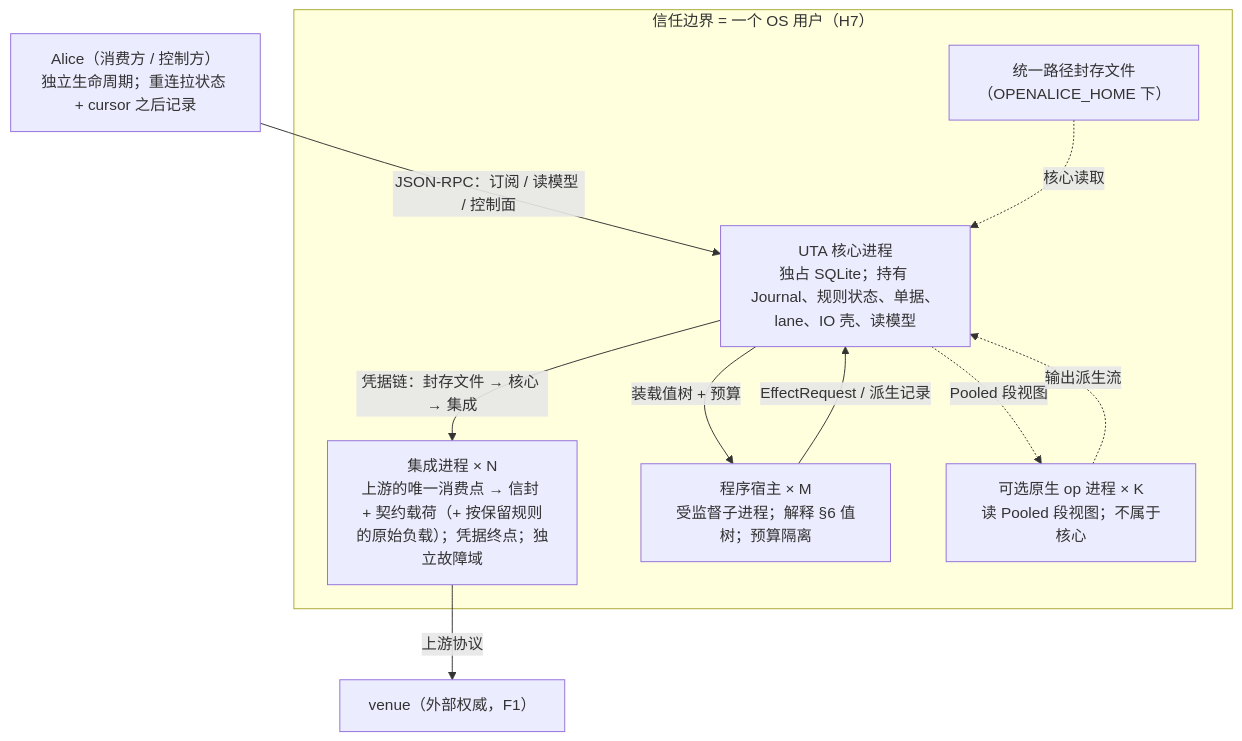
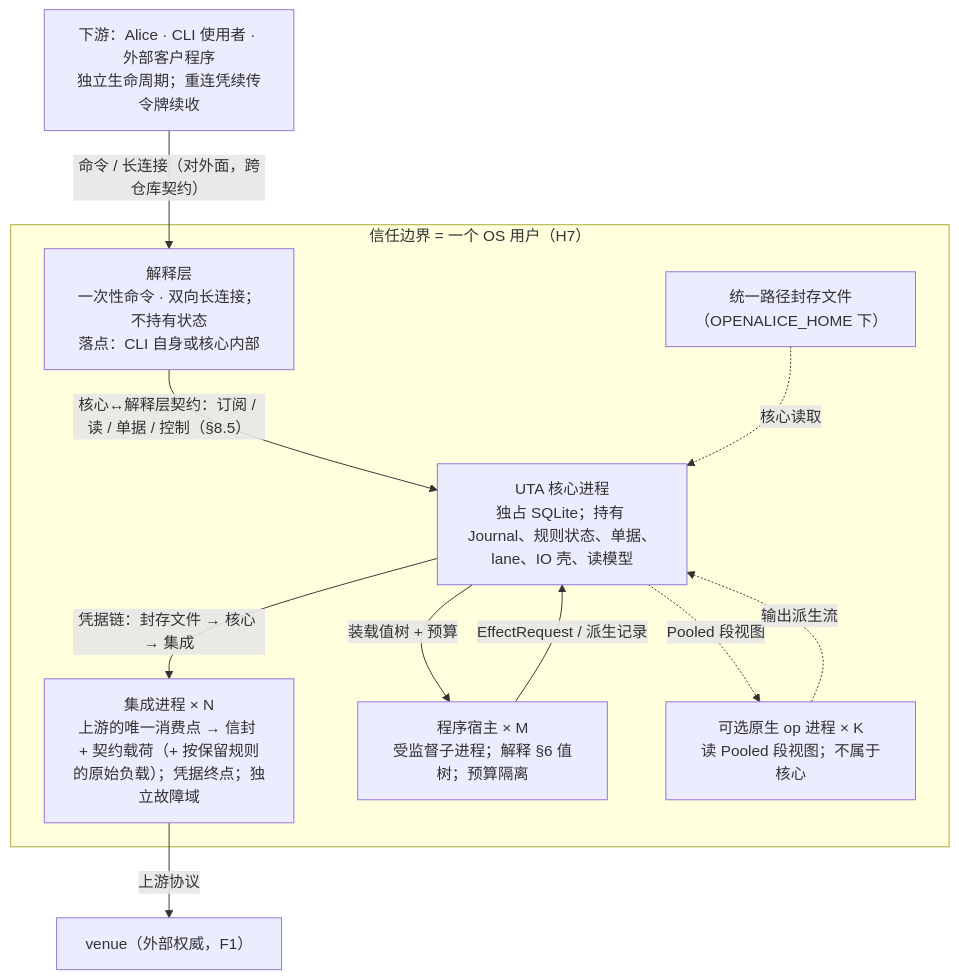
Before and after one commit to mouriya-s-lab/uta: the first of 2 diagrams in design/core/07-processes-and-storage.md, drawn with Mermaid. The commit also changed other lines of this file and 17 other files, not shown here.

````diff
--- a/design/core/07-processes-and-storage.md
+++ b/design/core/07-processes-and-storage.md
@@ -14,20 +15,22 @@
 ```mermaid
 flowchart TB
   subgraph OSUSER["信任边界 = 一个 OS 用户（H7）"]
     CORE["UTA 核心进程<br/>独占 SQLite；持有 Journal、规则状态、单据、lane、IO 壳、读模型"]
     INT["集成进程 × N<br/>上游的唯一消费点 → 信封 + 契约载荷（+ 按保留规则的原始负载）；凭据终点；独立故障域"]
     HOST["程序宿主 × M<br/>受监督子进程；解释 §6 值树；预算隔离"]
     HPCOP["可选原生 op 进程 × K<br/>读 Pooled 段视图；不属于核心"]
     SEAL["统一路径封存文件<br/>（OPENALICE_HOME 下）"]
+    IL["解释层<br/>一次性命令 · 双向长连接；不持有状态<br/>落点：CLI 自身或核心内部"]
   end
-  ALICE["Alice（消费方 / 控制方）<br/>独立生命周期；重连拉状态 + cursor 之后记录"]
+  DOWN["下游：Alice · CLI 使用者 · 外部客户程序<br/>独立生命周期；重连凭续传令牌续收"]
   VENUE["venue（外部权威，F1）"]
-  ALICE -->|JSON-RPC：订阅 / 读模型 / 控制面| CORE
+  DOWN -->|"命令 / 长连接（对外面，跨仓库契约）"| IL
+  IL -->|"核心↔解释层契约：订阅 / 读 / 单据 / 控制（§8.5）"| CORE
   CORE -->|凭据链：封存文件 → 核心 → 集成| INT
   SEAL -.核心读取.-> CORE
   INT -->|上游协议| VENUE
   CORE -->|装载值树 + 预算| HOST
   HOST -->|EffectRequest / 派生记录| CORE
   CORE -.Pooled 段视图.-> HPCOP
   HPCOP -.输出派生流.-> CORE
 ```
````
